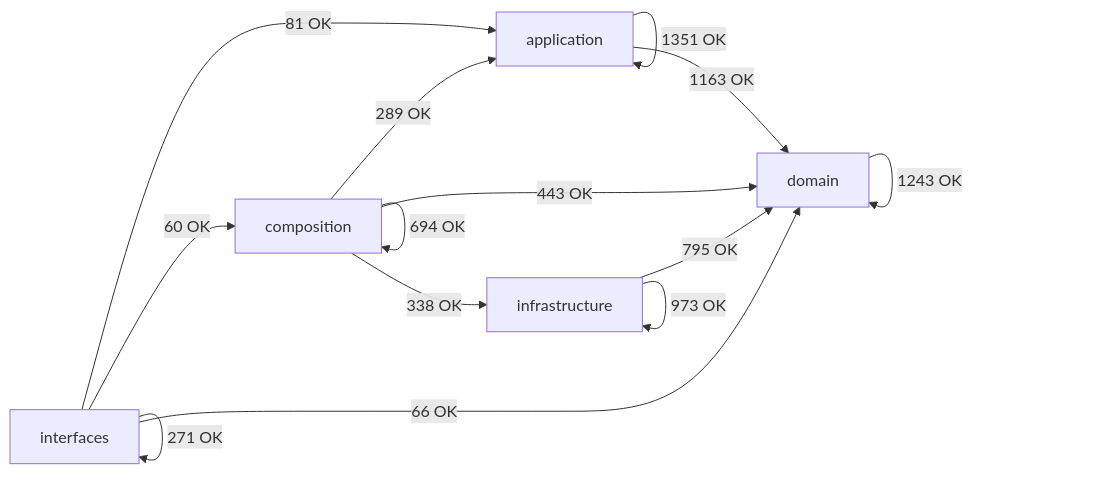
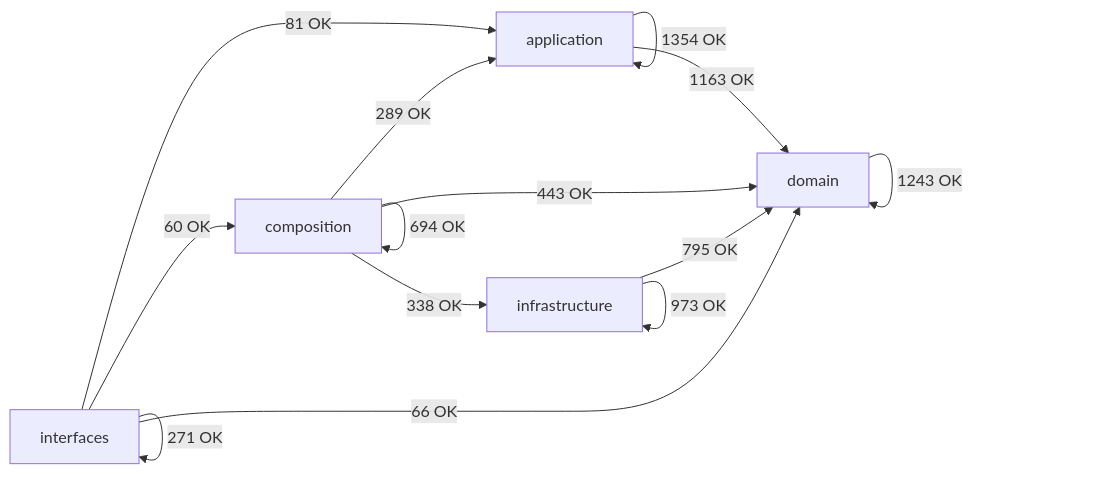
Before and after one commit to SatoryKono/BioactivityDataAcquisition: the diagram in docs/02-architecture/generated/module-dependency-map.md, drawn with Mermaid. The commit also changed other lines of this file and 1026 other files, not shown here.

````diff
--- a/docs/02-architecture/generated/module-dependency-map.md
+++ b/docs/02-architecture/generated/module-dependency-map.md
@@ -17,21 +17,21 @@
 ```mermaid
 flowchart LR
     domain[domain]
     application[application]
     infrastructure[infrastructure]
     composition[composition]
     interfaces[interfaces]
-    application -->|1351 OK| application
+    application -->|1354 OK| application
     application -->|1163 OK| domain
     composition -->|289 OK| application
     composition -->|694 OK| composition
     composition -->|443 OK| domain
     composition -->|338 OK| infrastructure
     domain -->|1243 OK| domain
     infrastructure -->|795 OK| domain
     infrastructure -->|973 OK| infrastructure
     interfaces -->|81 OK| application
     interfaces -->|60 OK| composition
     interfaces -->|66 OK| domain
     interfaces -->|271 OK| interfaces
 ```
````
